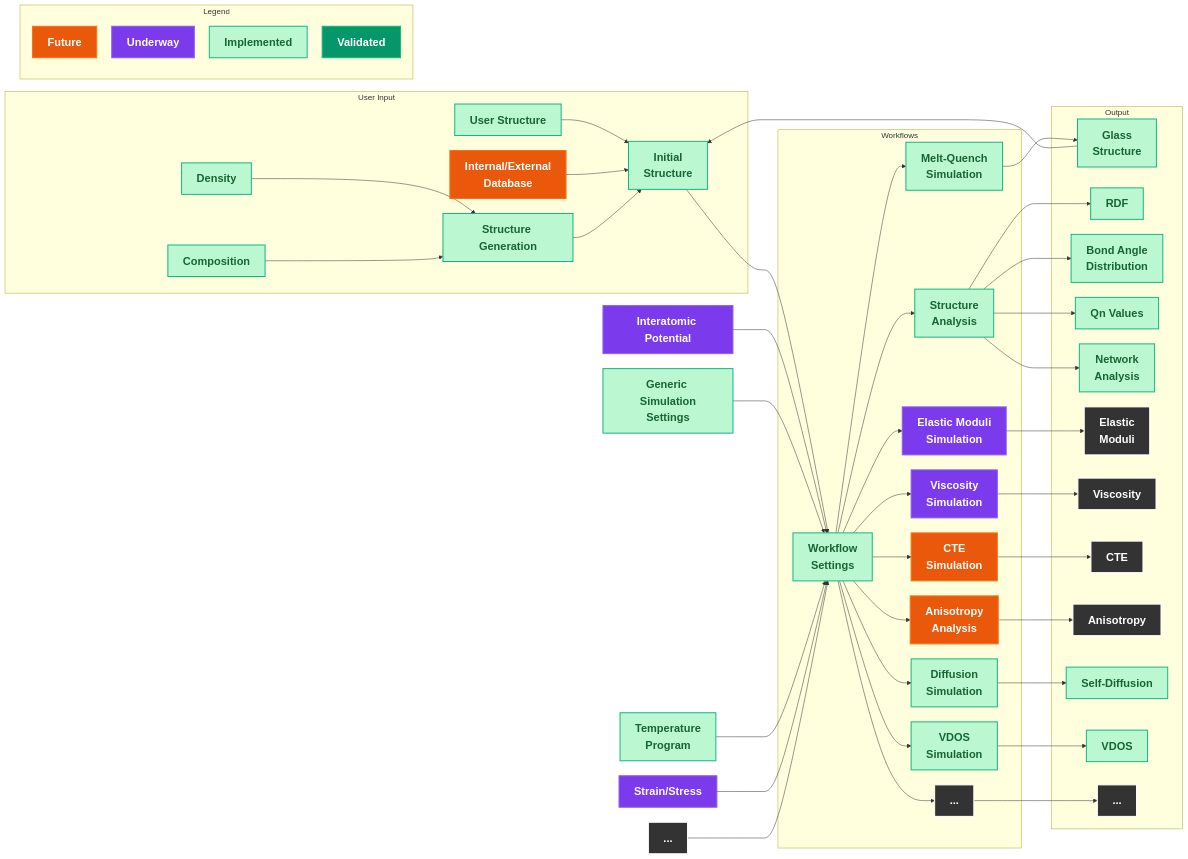
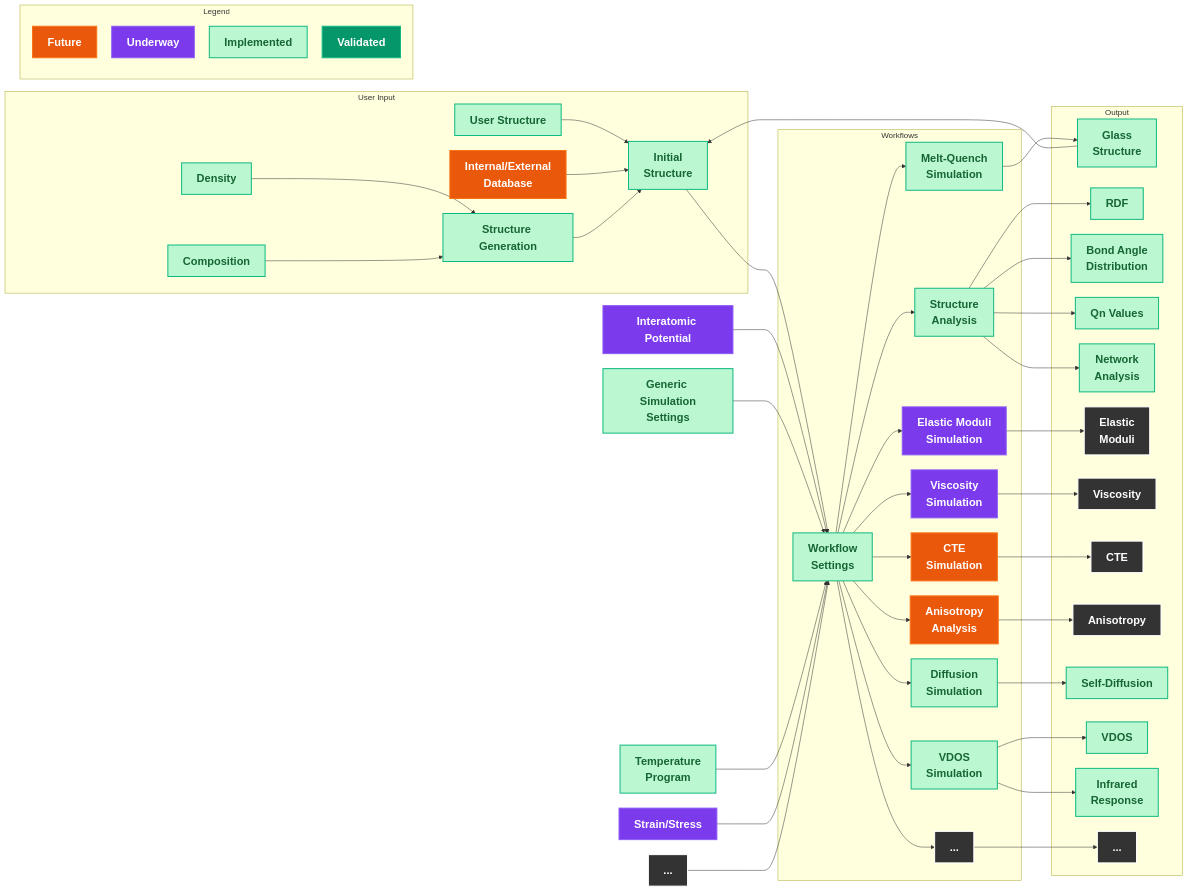
One commit to glasagent/amorphouspy changed the diagram in docs/developers/architecture.md. Above: the diagram before and after it, drawn with Mermaid. The commit also changed 14 other files, not shown here.

Commit message:
feat: add infrared oscillator strengths and dielectric response

```diff
--- a/docs/developers/architecture.md
+++ b/docs/developers/architecture.md
@@ -51,6 +51,7 @@
       Anisotropy[Anisotropy]
       Diffusion["Self-Diffusion"]
       VDOS["VDOS"]
+      Infrared["Infrared<br/>Response"]
       OthersOutput[...]
    end
 
@@ -86,6 +87,7 @@
    WorkflowSettings --> AnisotropyAnalysis --> Anisotropy
    WorkflowSettings --> DiffusionSimulation --> Diffusion
    WorkflowSettings --> VDOSSimulation --> VDOS
+   VDOSSimulation --> Infrared
    WorkflowSettings --> OthersWorkflow --> OthersOutput
    StructureAnalysis --> RDF
    StructureAnalysis --> BondAngleDistribution
@@ -101,7 +103,7 @@
    classDef none fill:#333333,stroke:#ffffff,stroke-width:2px,color:#fff,font-weight:bold,font-size:22px;
 
 
-class Implemented,Density,Composition,AdhocGeneration,InputStructure,TemperatureProgram,WorkflowSettings,StructureAnalysis,NetworkAnalysis,BondAngleDistribution,RDF,QnDistribution,MeltQuench,GlassStructure,UserStructure,SystemSize,GenericSimulationSettings,DiffusionSimulation,Diffusion,VDOSSimulation,VDOS implemented
+class Implemented,Density,Composition,AdhocGeneration,InputStructure,TemperatureProgram,WorkflowSettings,StructureAnalysis,NetworkAnalysis,BondAngleDistribution,RDF,QnDistribution,MeltQuench,GlassStructure,UserStructure,SystemSize,GenericSimulationSettings,DiffusionSimulation,Diffusion,VDOSSimulation,VDOS,Infrared implemented
 class Validated validated
 class Underway,ViscositySimulation,ElasticModuliSimulation,Strain,FF underway
 class Future,CTESimulation,AnisotropyAnalysis,Database, future
```
